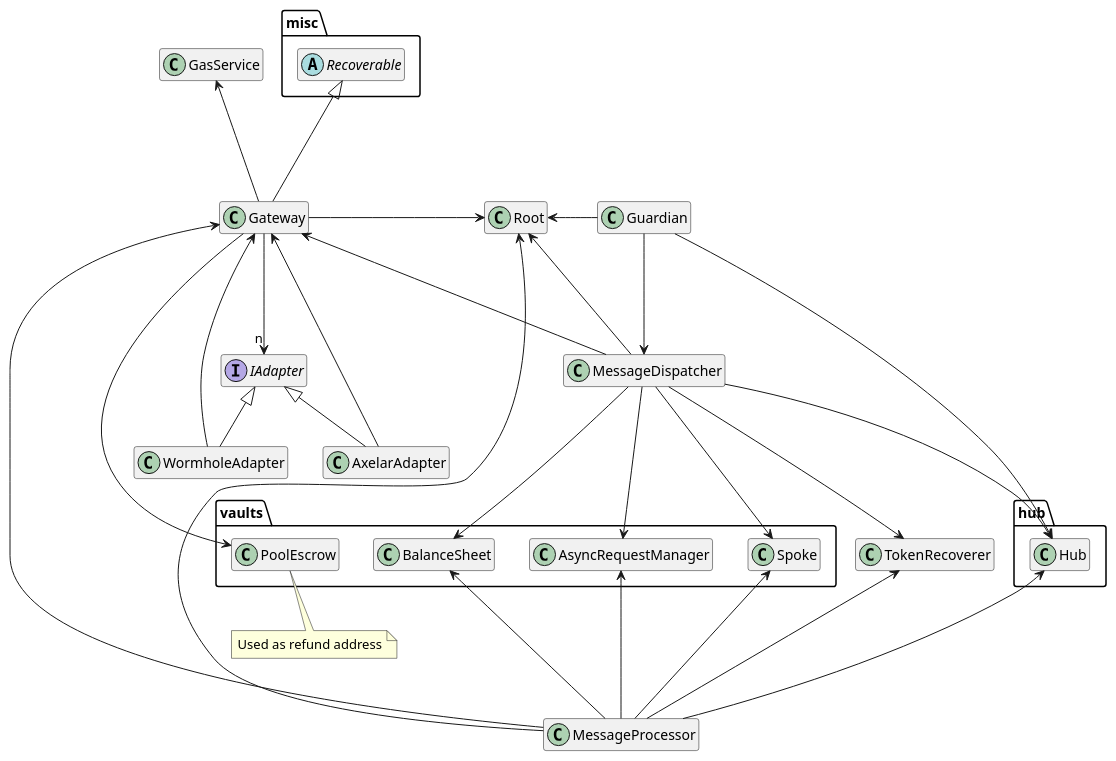
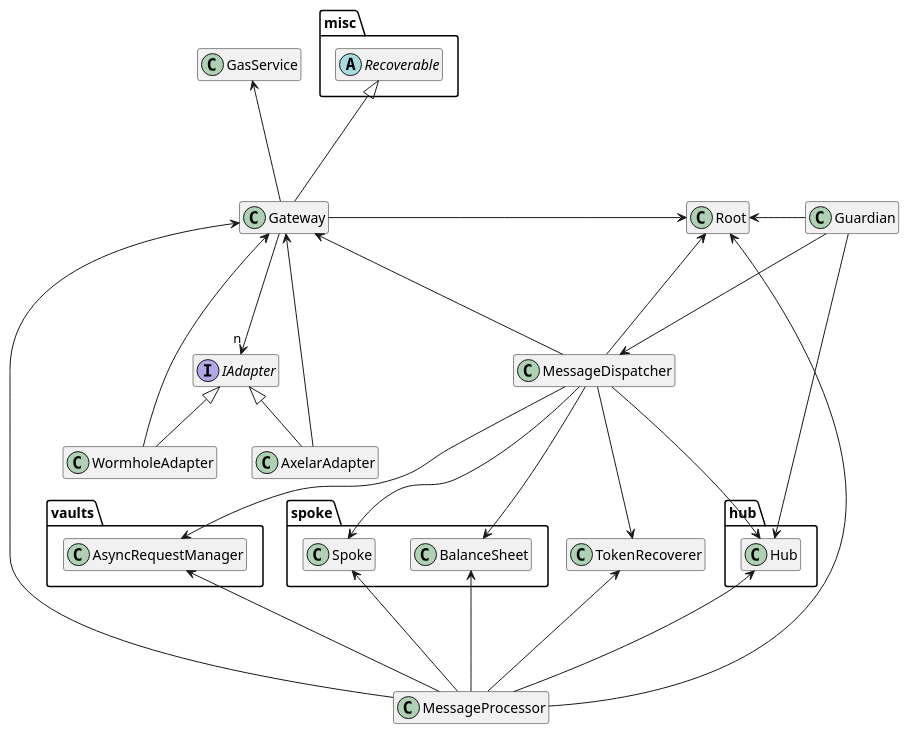
Before and after one commit to centrifuge/protocol: the diagram in docs/architecture/common.puml, drawn with PlantUML. The commit also changed 7 other files, not shown here.

Commit message:
update diagrams and fix import issue

```diff
--- a/docs/architecture/common.puml
+++ b/docs/architecture/common.puml
@@ -1,65 +1,65 @@
 @startuml
 hide empty members
 
 package misc {
     abstract Recoverable
 }
 
 package hub {
     class Hub
 }
 
+package spoke {
+    class Spoke
+    class BalanceSheet
+}
+
 package vaults {
-    class PoolEscrow
-    class Spoke
     class AsyncRequestManager
-    class BalanceSheet
 }
 
 interface IAdapter
 
 class TokenRecoverer
 class Root
 class MessageDispatcher
 class MessageProcessor
 class Gateway
 class AxelarAdapter
 class WormholeAdapter
 class Guardian
 class GasService
 
 AxelarAdapter -up-|> IAdapter
 AxelarAdapter -up--> Gateway
 
 WormholeAdapter -up-|> IAdapter
 WormholeAdapter -up--> Gateway
 
 MessageProcessor --up-> Root
 MessageProcessor --up-> TokenRecoverer
 MessageProcessor --up-> Hub
 MessageProcessor --up-> Spoke
 MessageProcessor --up-> AsyncRequestManager
 MessageProcessor --up-> BalanceSheet
 MessageProcessor --up-> Gateway
 
 MessageDispatcher ---> Root
 MessageDispatcher ---> TokenRecoverer
 MessageDispatcher ---> Gateway
 MessageDispatcher ---> Hub
 MessageDispatcher ---> Spoke
 MessageDispatcher ---> AsyncRequestManager
 MessageDispatcher ---> BalanceSheet
 
 Guardian ---> Hub
 Guardian -left---> Root
 Guardian ---> MessageDispatcher
 
 Gateway -up--> GasService
 Gateway -up--|> Recoverable
 Gateway -right-> Root
 Gateway -down-->"n" IAdapter
-Gateway --> PoolEscrow
 
-note bottom of PoolEscrow: Used as refund address
 
 @enduml
```
